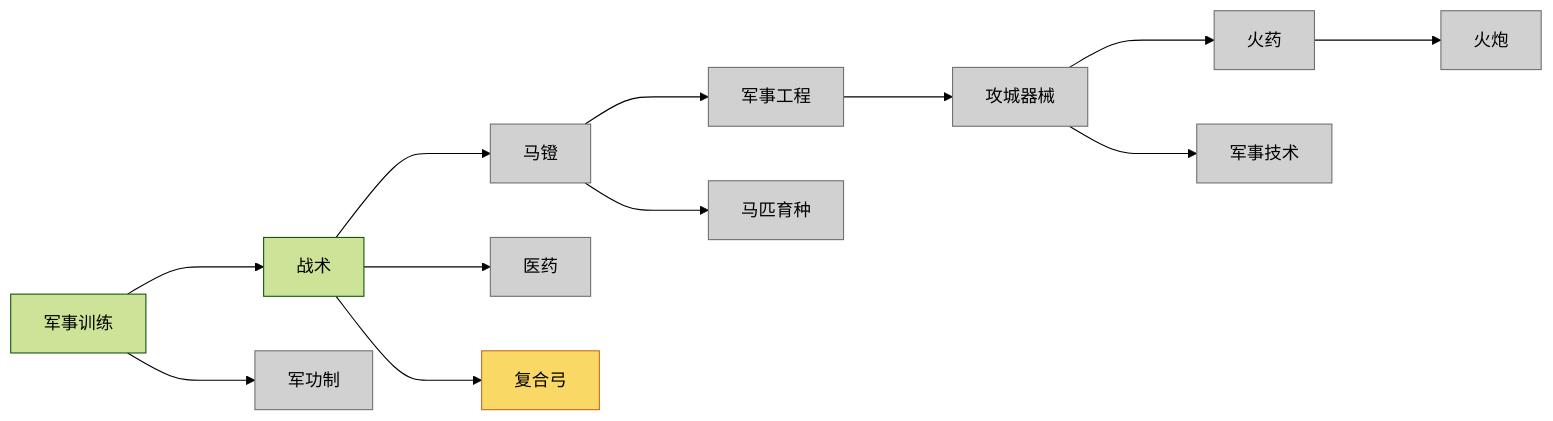
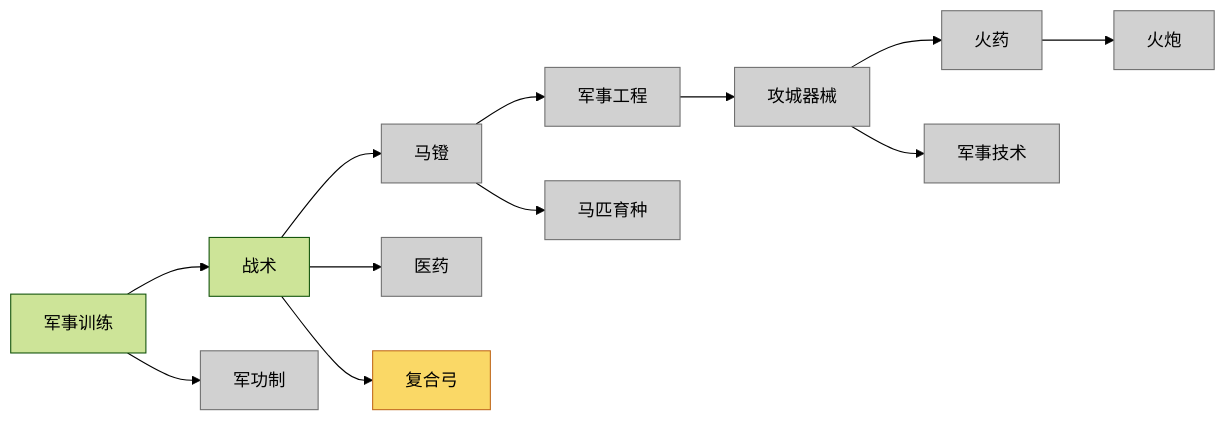
The sixth of 12 diagrams in 设计文档/建筑1.md (HkingAuditore/ToyEmpiresDocuments), drawn with Mermaid (forest theme) before and after one commit. The commit also changed other lines of this file and 1 other file, not shown here.

````diff
--- a/设计文档/建筑1.md
+++ b/设计文档/建筑1.md
@@ -366,15 +390,15 @@
     ``` mermaid
     flowchart LR
-        jsxl[军事训练] ---> zs[战术];
-        jsxl ---> jgz[军功制]:::notmain;
-        zs ---> md[马镫]:::notmain;
-        zs ---> yy[医药]:::notmain;
-        zs ---> fhg[复合弓]:::target;
-        md ---> jsgc[军事工程]:::notmain ---> gcqx[攻城器械]:::notmain;
-        md ---> mpyz[马匹育种]:::notmain;
-        gcqx ---> hy[火药]:::notmain ---> hp[火炮]:::notmain;
-        gcqx ---> jsjs[军事技术]:::notmain;
+        jsxl[军事训练] --> zs[战术];
+        jsxl --> jgz[军功制]:::notmain;
+        zs --> md[马镫]:::notmain;
+        zs --> yy[医药]:::notmain;
+        zs --> fhg[复合弓]:::target;
+        md --> jsgc[军事工程]:::notmain --> gcqx[攻城器械]:::notmain;
+        md --> mpyz[马匹育种]:::notmain;
+        gcqx --> hy[火药]:::notmain --> hp[火炮]:::notmain;
+        gcqx --> jsjs[军事技术]:::notmain;
 
     classDef notmain fill:#d1d1d1, stroke:#707070;
     classDef target fill:#fad866, stroke:#c16b1f;
     ```
````
